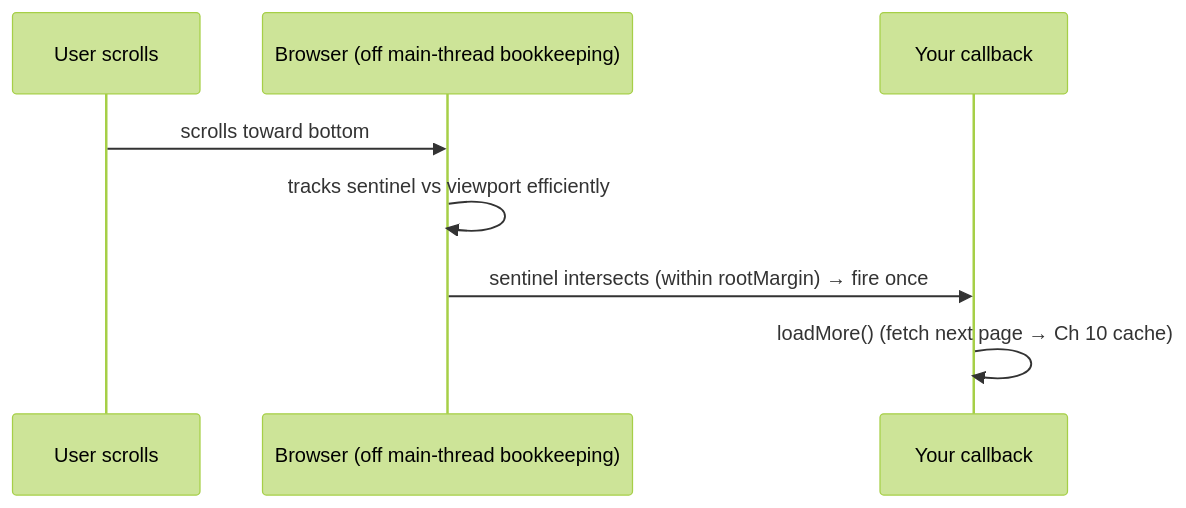
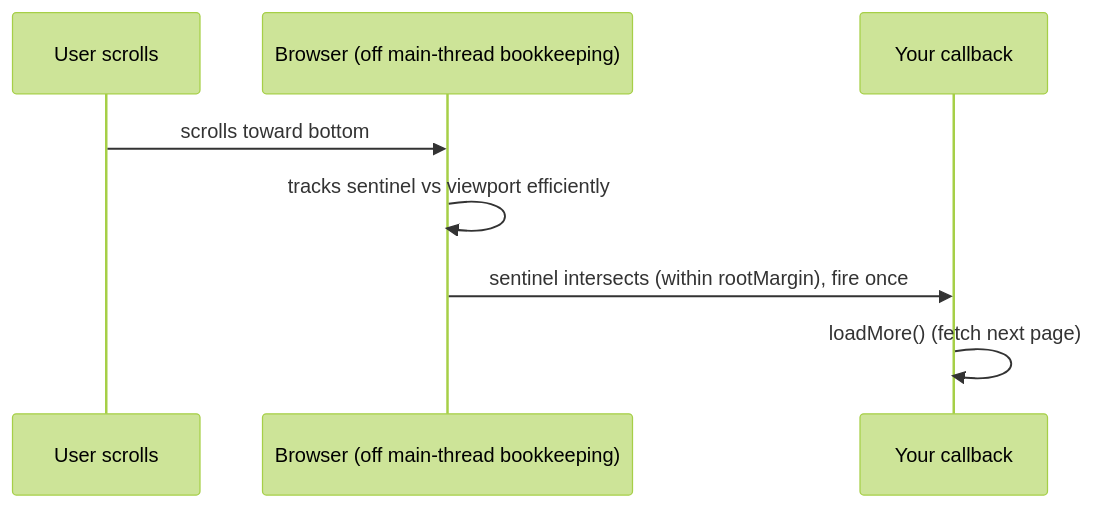
Before and after one commit to ashishxcode/frontend-internals: the diagram in packages/content/content/17-web-platform-apis.mdx, drawn with Mermaid (forest theme). The commit also changed other lines of this file and 29 other files, not shown here.

Commit message:
rewrite: roadmap engineer-to-engineer + all 34 chapters new spec

````diff
--- a/packages/content/content/17-web-platform-apis.mdx
+++ b/packages/content/content/17-web-platform-apis.mdx
@@ -83,10 +24,10 @@
 ```mermaid
 sequenceDiagram
   participant U as User scrolls
   participant B as Browser (off main-thread bookkeeping)
   participant CB as Your callback
   U->>B: scrolls toward bottom
   B->>B: tracks sentinel vs viewport efficiently
-  B->>CB: sentinel intersects (within rootMargin) → fire once
-  CB->>CB: loadMore() (fetch next page → Ch 10 cache)
+  B->>CB: sentinel intersects (within rootMargin), fire once
+  CB->>CB: loadMore() (fetch next page)
 ```
````
